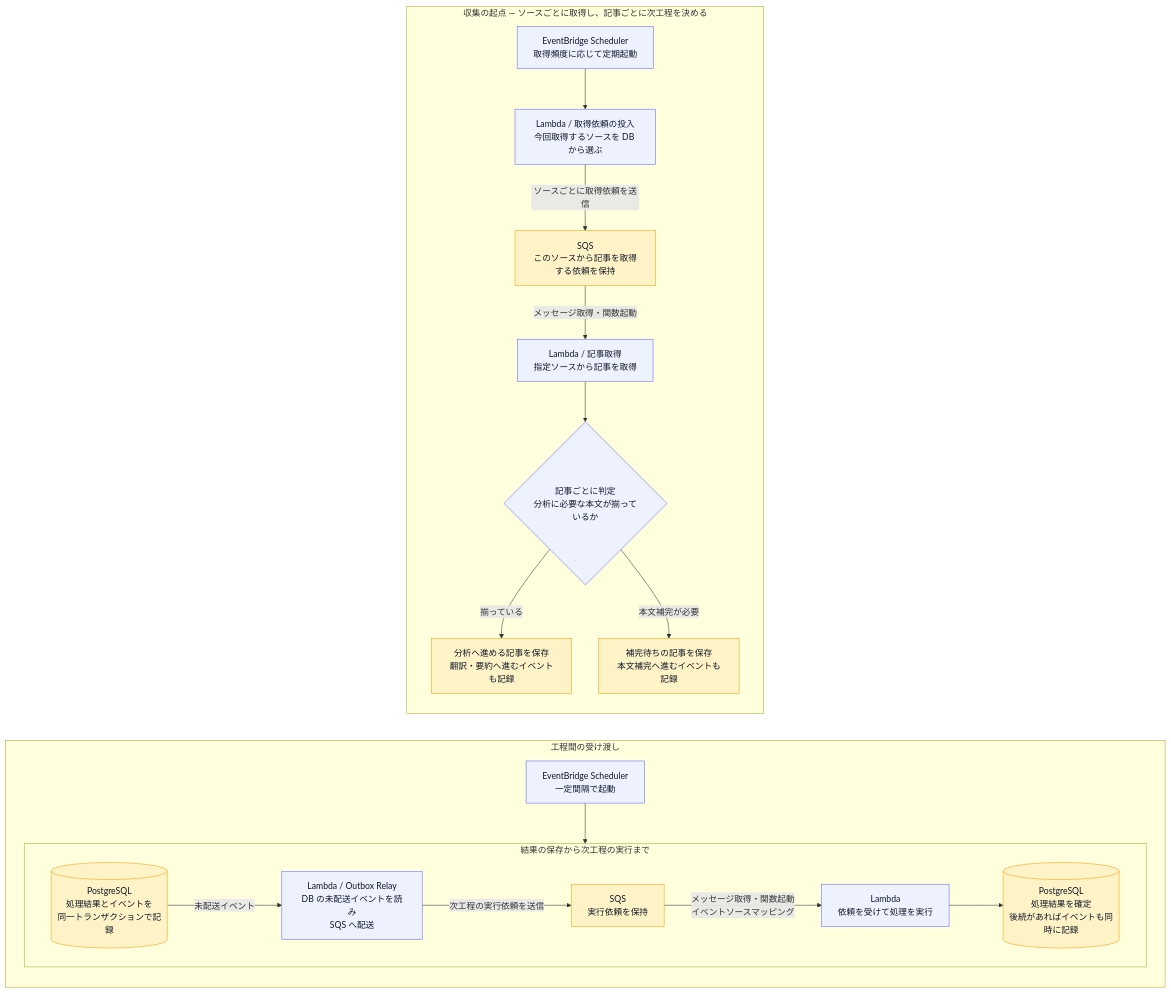
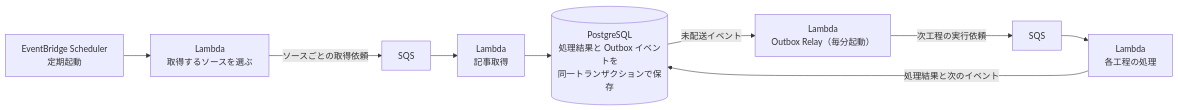
One commit to yook11/Vector changed the second of 2 diagrams in README.md. Above: the diagram before and after it, drawn with Mermaid. The commit also changed other lines of this file, not shown here.

````diff
--- a/README.md
+++ b/README.md
@@ -166,35 +161,11 @@
 ```mermaid
-flowchart TB
-    subgraph Start["収集の起点 — ソースごとに取得し、記事ごとに次工程を決める"]
-        direction TB
-        SCHEDULE["EventBridge Scheduler<br/>取得頻度に応じて定期起動"]
-        SCHEDULE --> DISPATCH["Lambda / 取得依頼の投入<br/>今回取得するソースを DB から選ぶ"]
-        DISPATCH -->|ソースごとに取得依頼を送信| REQUEST["SQS<br/>このソースから記事を取得する依頼を保持"]
-        REQUEST -->|メッセージ取得・関数起動| ACQUIRE["Lambda / 記事取得<br/>指定ソースから記事を取得"]
-        ACQUIRE --> READY{"記事ごとに判定<br/>分析に必要な本文が揃っているか"}
-        READY -->|揃っている| ANALYZABLE["分析へ進める記事を保存<br/>翻訳・要約へ進むイベントも記録"]
-        READY -->|本文補完が必要| INCOMPLETE["補完待ちの記事を保存<br/>本文補完へ進むイベントも記録"]
-    end
-
-    subgraph Handoff["工程間の受け渡し"]
-        direction TB
-        TIMER["EventBridge Scheduler<br/>一定間隔で起動"]
-        subgraph Delivery["結果の保存から次工程の実行まで"]
-            direction LR
-            DB[("PostgreSQL<br/>処理結果とイベントを<br/>同一トランザクションで記録")]
-            DB -->|未配送イベント| RELAY["Lambda / Outbox Relay<br/>DB の未配送イベントを読み<br/>SQS へ配送"]
-            RELAY -->|次工程の実行依頼を送信| QUEUE["SQS<br/>実行依頼を保持"]
-            QUEUE -->|メッセージ取得・関数起動<br/>イベントソースマッピング| NEXT["Lambda<br/>依頼を受けて処理を実行"]
-            NEXT --> SAVE[("PostgreSQL<br/>処理結果を確定<br/>後続があればイベントも同時に記録")]
-        end
-        TIMER --> RELAY
-    end
-
-    Start ~~~ Handoff
-
-    classDef compute fill:#eef2ff,stroke:#6366f1,color:#111827;
-    classDef data fill:#fef3c7,stroke:#f59e0b,color:#111827;
-    class SCHEDULE,DISPATCH,ACQUIRE,TIMER,RELAY,NEXT compute
-    class REQUEST,DB,QUEUE,SAVE,ANALYZABLE,INCOMPLETE data
-    class READY compute
+flowchart LR
+    SCHEDULE["EventBridge Scheduler<br/>定期起動"] --> DISPATCH["Lambda<br/>取得するソースを選ぶ"]
+    DISPATCH -->|ソースごとの取得依頼| REQUEST["SQS"]
+    REQUEST --> ACQUIRE["Lambda<br/>記事取得"]
+    ACQUIRE --> DB[("PostgreSQL<br/>処理結果と Outbox イベントを<br/>同一トランザクションで保存")]
+    DB -->|未配送イベント| RELAY["Lambda<br/>Outbox Relay（毎分起動）"]
+    RELAY -->|次工程の実行依頼| QUEUE["SQS"]
+    QUEUE --> NEXT["Lambda<br/>各工程の処理"]
+    NEXT -->|処理結果と次のイベント| DB
 ```
````
